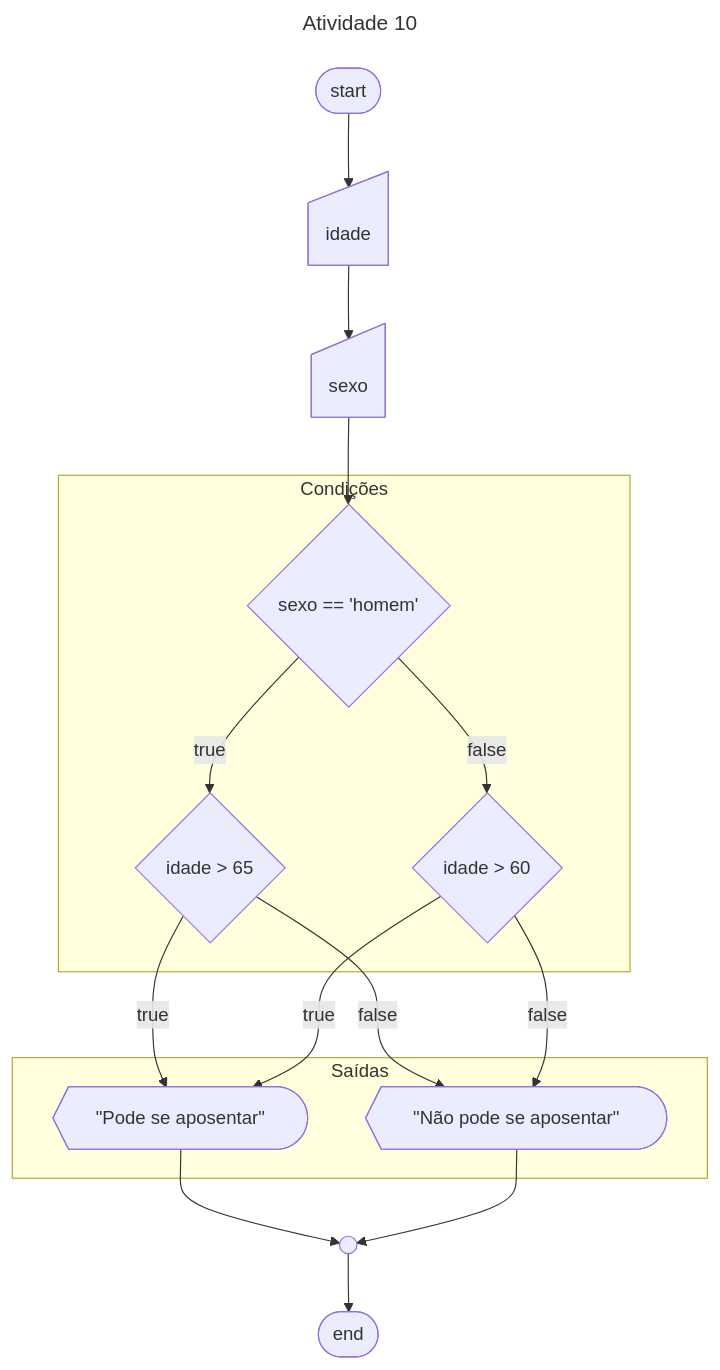
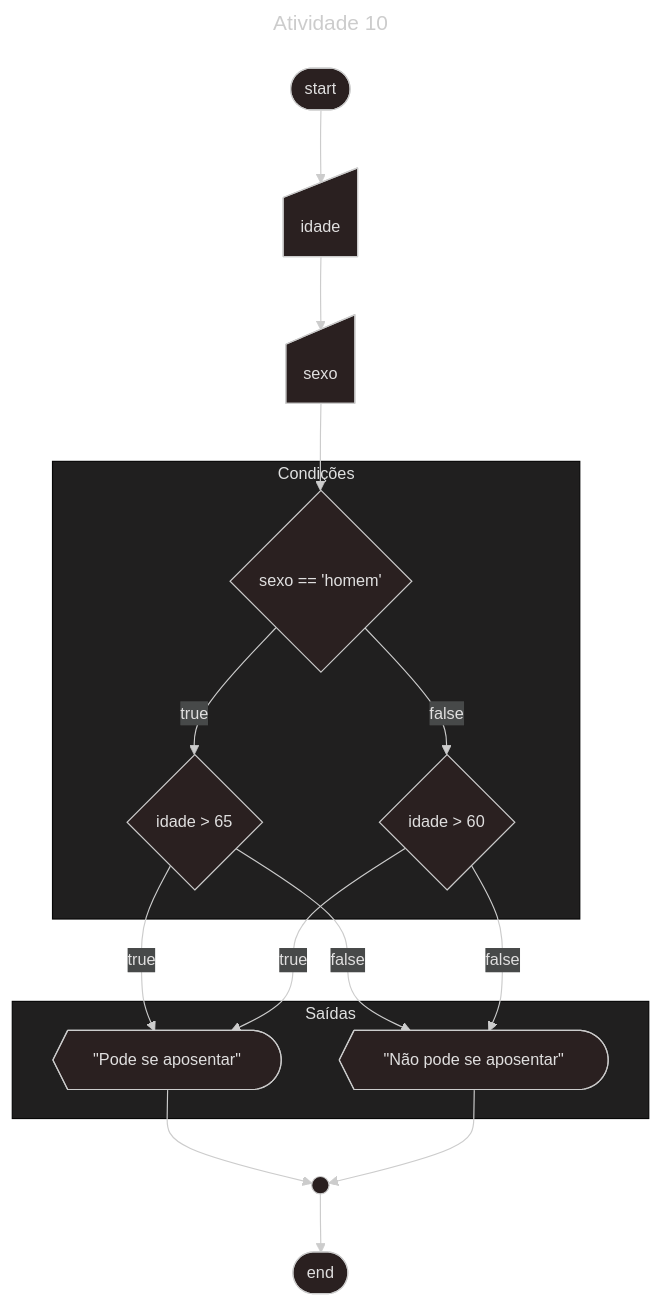
One commit to kf-martins-uel/algoritmos-atividade1 changed the fourth of 9 diagrams in Parte-2/README.md. Above: the diagram before and after it, drawn with Mermaid. The commit also changed other lines of this file and 1 other file, not shown here.

````diff
--- a/Parte-2/README.md
+++ b/Parte-2/README.md
@@ -193,33 +201,35 @@
 ```mermaid
 ---
+config:
+  theme: neo-dark  
 title: Atividade 10
 ---
 flowchart TB
     start([start])
     fim([end])
     idade@{shape: manual-input}
     sexo@{shape: manual-input}
     conector@{shape: circle, label: " "}
 
     subgraph Condições
         if1{"sexo == 'homem'"}
         if2{idade > 65}
         if3{idade > 60}
     end
     subgraph Saídas
         valido@{shape: display, label: "\"Pode se aposentar\""}
         invalido@{shape: display, label: "\"Não pode se aposentar\""}
     end
 
     start --> idade --> sexo --> if1
     if1 -->|true| if2
     if1 -->|false| if3
     if2 -->|true| valido
     if3 -->|true| valido
     if2 -->|false| invalido
     if3 -->|false| invalido
 
     valido --> conector
     invalido --> conector
     conector --> fim
 ```
````
